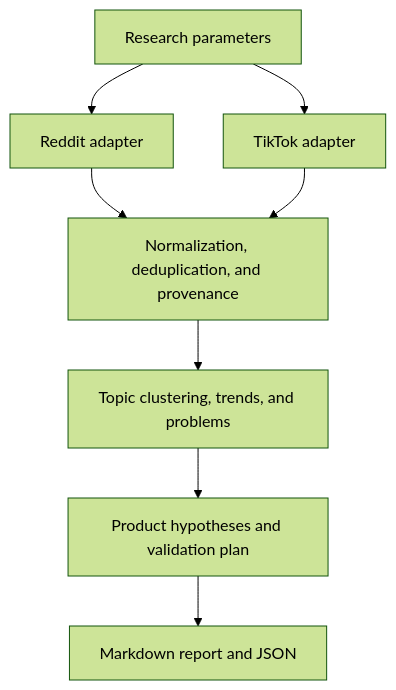
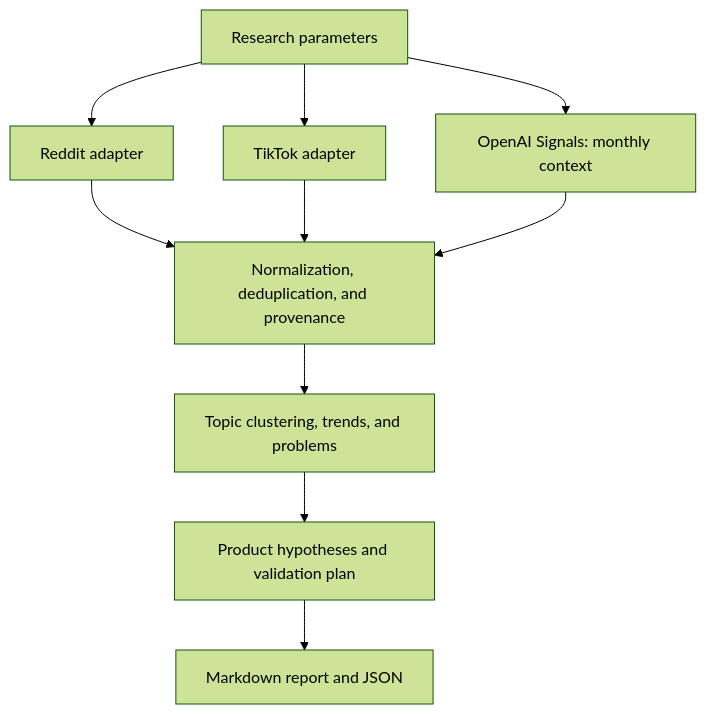
One commit to roland19deschain/niche-hunter changed the diagram in README.md. Above: the diagram before and after it, drawn with Mermaid (forest theme). The commit also changed other lines of this file and 12 other files, not shown here.

````diff
--- a/README.md
+++ b/README.md
@@ -175,10 +181,12 @@
 ```mermaid
 flowchart TD
     Request["Research parameters"] --> Reddit["Reddit adapter"]
     Request --> TikTok["TikTok adapter"]
+    Request --> ChatGPT["OpenAI Signals: monthly context"]
     Reddit --> Observations["Normalization, deduplication, and provenance"]
     TikTok --> Observations
+    ChatGPT --> Observations
     Observations --> Analysis["Topic clustering, trends, and problems"]
     Analysis --> Opportunities["Product hypotheses and validation plan"]
     Opportunities --> Report["Markdown report and JSON"]
 ```
````
